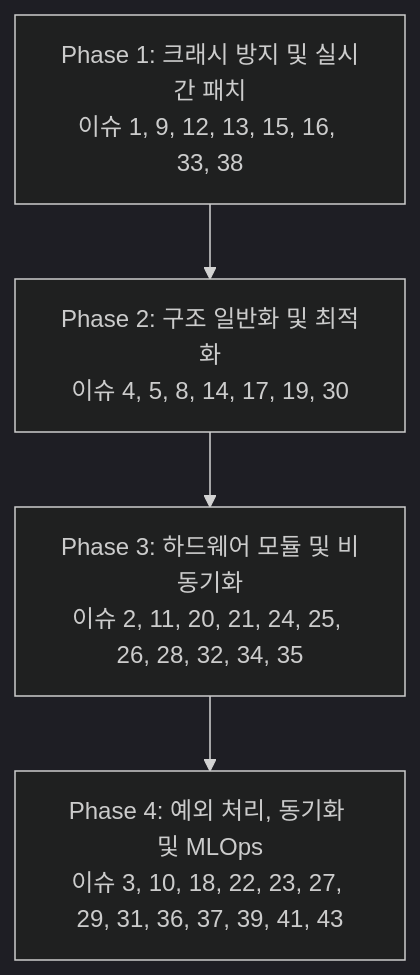
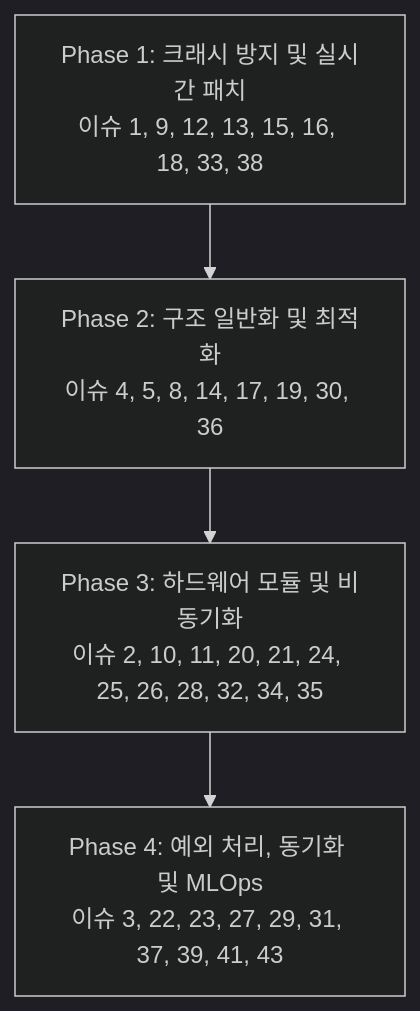
The diagram in src/T2_MSFM_250/doc_req2/doc_req2_250_03_11.이슈재정리.md (hosanglee-kr/ESP32_MSFM_250), drawn with Mermaid (dark theme) before and after one commit. The commit also changed other lines of this file and 2 other files, not shown here.

````diff
--- a/src/T2_MSFM_250/doc_req2/doc_req2_250_03_11.이슈재정리.md
+++ b/src/T2_MSFM_250/doc_req2/doc_req2_250_03_11.이슈재정리.md
@@ -90,6 +262,6 @@
 ```mermaid
 graph TD
-    A[Phase 1: 크래시 방지 및 실시간 패치<br>이슈 1, 9, 12, 13, 15, 16, 33, 38] --> B[Phase 2: 구조 일반화 및 최적화<br>이슈 4, 5, 8, 14, 17, 19, 30]
-    B --> C[Phase 3: 하드웨어 모듈 및 비동기화<br>이슈 2, 11, 20, 21, 24, 25, 26, 28, 32, 34, 35]
-    C --> D[Phase 4: 예외 처리, 동기화 및 MLOps<br>이슈 3, 10, 18, 22, 23, 27, 29, 31, 36, 37, 39, 41, 43]
+    A[Phase 1: 크래시 방지 및 실시간 패치<br>이슈 1, 9, 12, 13, 15, 16, 18, 33, 38] --> B[Phase 2: 구조 일반화 및 최적화<br>이슈 4, 5, 8, 14, 17, 19, 30, 36]
+    B --> C[Phase 3: 하드웨어 모듈 및 비동기화<br>이슈 2, 10, 11, 20, 21, 24, 25, 26, 28, 32, 34, 35]
+    C --> D[Phase 4: 예외 처리, 동기화 및 MLOps<br>이슈 3, 22, 23, 27, 29, 31, 37, 39, 41, 43]
 ```
````
